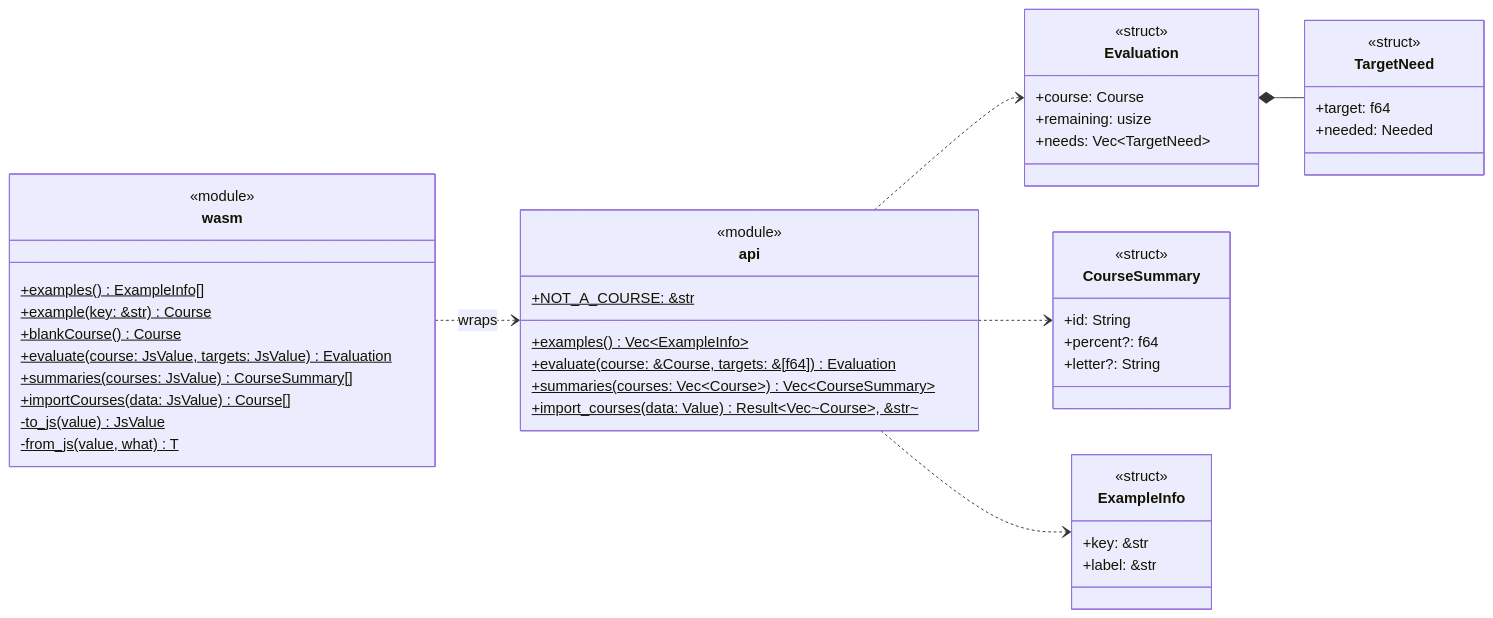
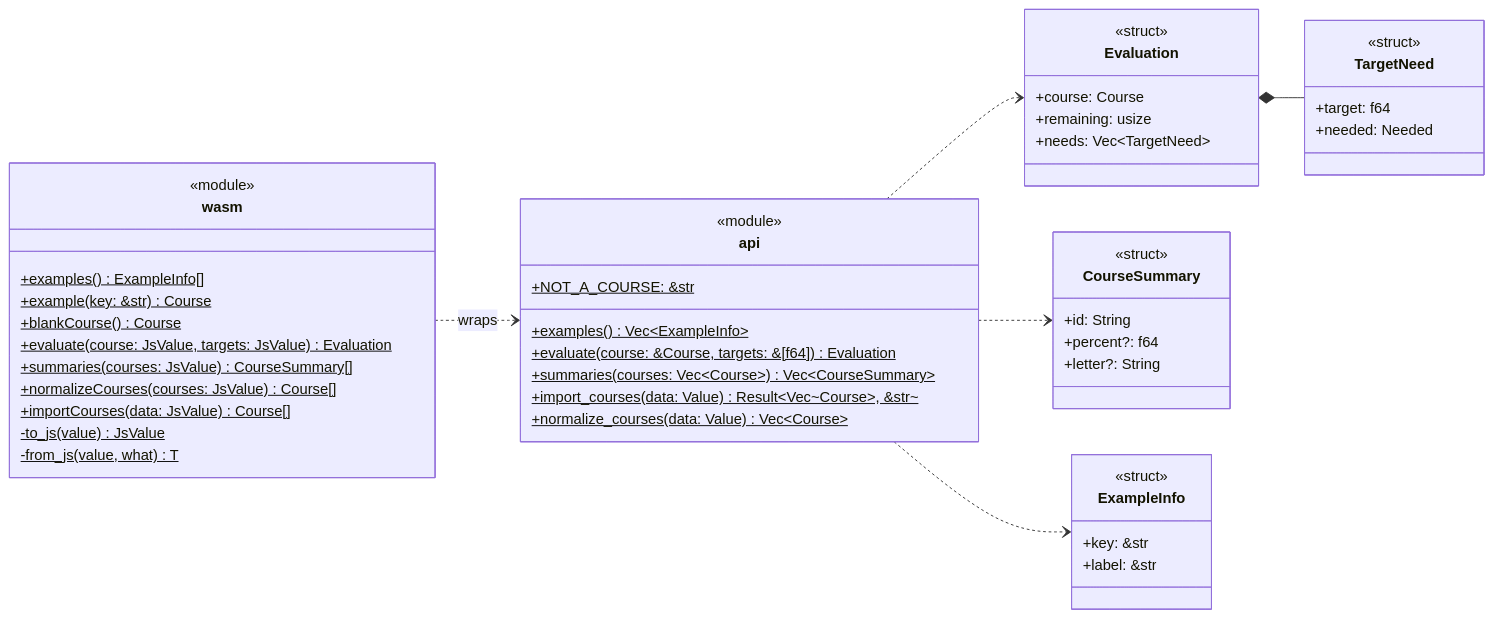
The sixth of 9 diagrams in docs/uml.md (Patman1O1/grade-calculator), drawn with Mermaid before and after one commit. The commit also changed other lines of this file and 20 other files, not shown here.

````diff
--- a/docs/uml.md
+++ b/docs/uml.md
@@ -273,50 +273,52 @@
 ```mermaid
 classDiagram
   direction LR
   class wasm {
     <<module>>
     +examples()$ ExampleInfo[]
     +example(key: &str)$ Course
     +blankCourse()$ Course
     +evaluate(course: JsValue, targets: JsValue)$ Evaluation
     +summaries(courses: JsValue)$ CourseSummary[]
+    +normalizeCourses(courses: JsValue)$ Course[]
     +importCourses(data: JsValue)$ Course[]
     -to_js(value)$ JsValue
     -from_js(value, what)$ T
   }
   class api {
     <<module>>
     +NOT_A_COURSE: &str$
     +examples()$ Vec~ExampleInfo~
     +evaluate(course: &Course, targets: &[f64])$ Evaluation
     +summaries(courses: Vec~Course~)$ Vec~CourseSummary~
     +import_courses(data: Value)$ Result~Vec~Course~, &str~
+    +normalize_courses(data: Value)$ Vec~Course~
   }
   class Evaluation {
     <<struct>>
     +course: Course
     +remaining: usize
     +needs: Vec~TargetNeed~
   }
   class TargetNeed {
     <<struct>>
     +target: f64
     +needed: Needed
   }
   class CourseSummary {
     <<struct>>
     +id: String
     +percent?: f64
     +letter?: String
   }
   class ExampleInfo {
     <<struct>>
     +key: &str
     +label: &str
   }
   wasm ..> api : wraps
   api ..> Evaluation
   Evaluation *-- TargetNeed
   api ..> CourseSummary
   api ..> ExampleInfo
 ```
````
